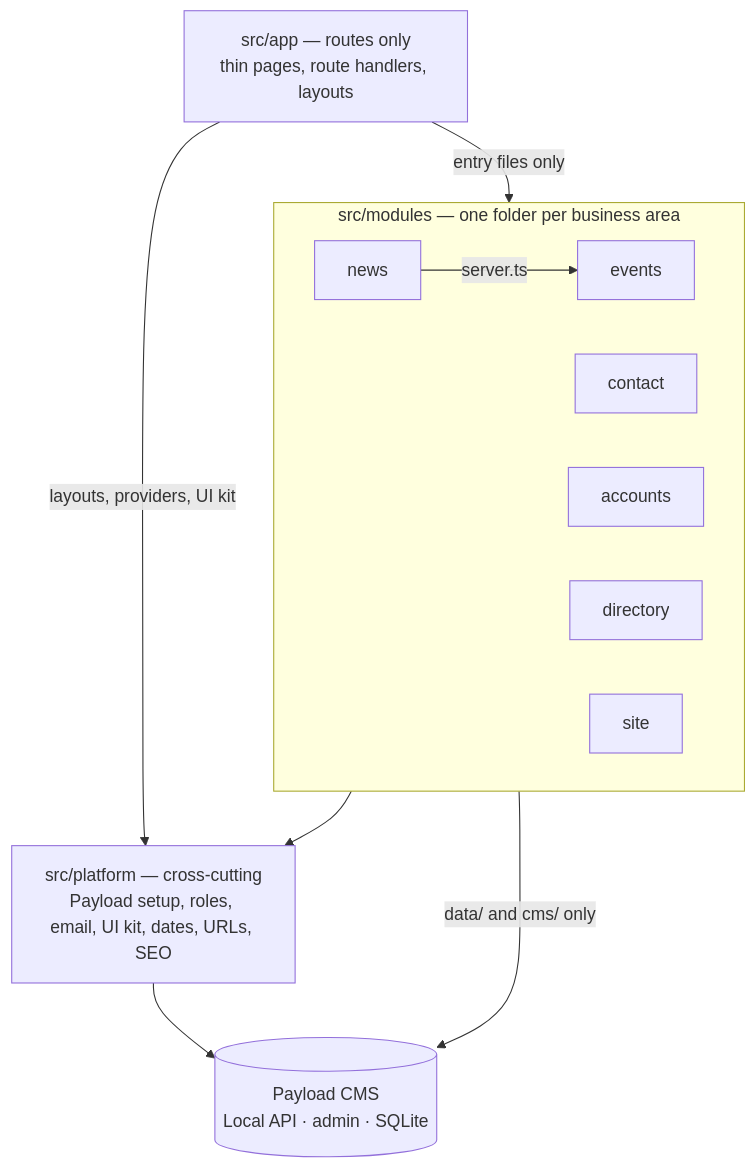
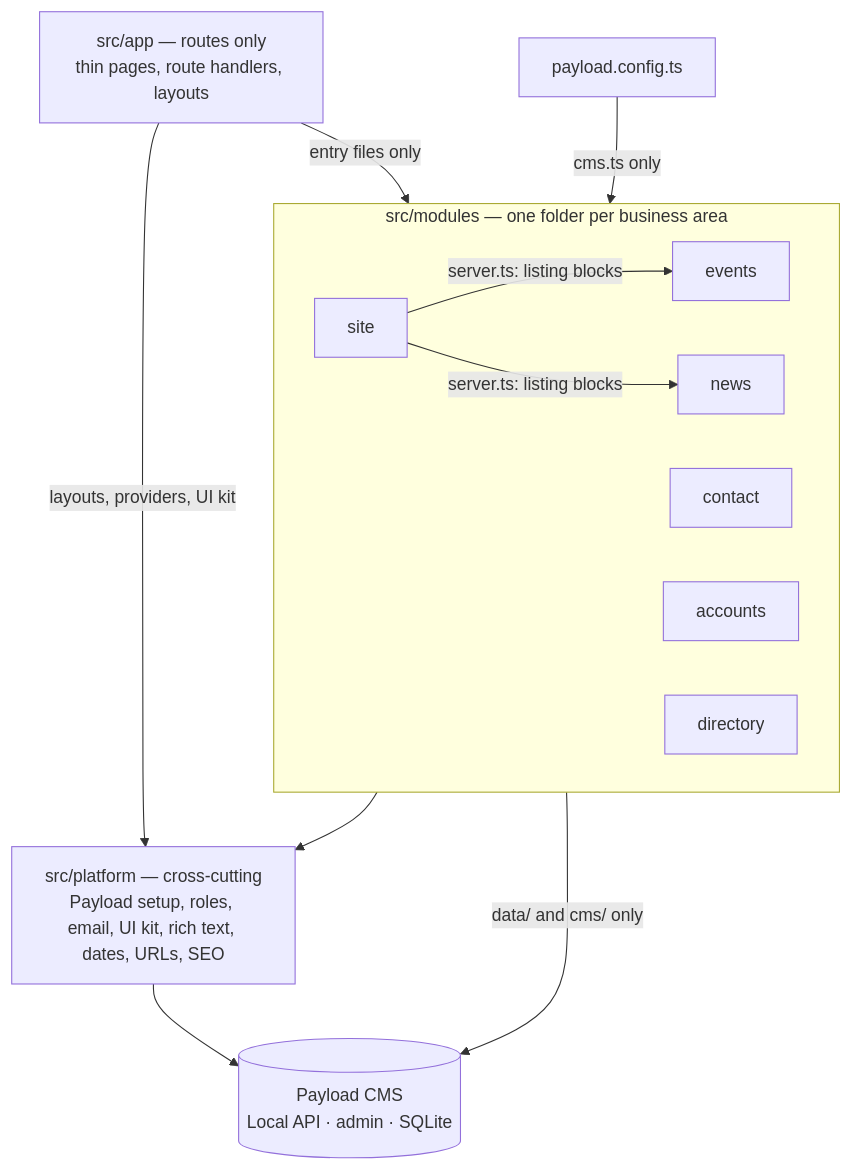
Before and after one commit to boulaajaj/sprecher-east-neighborhood-website: the diagram in docs/architecture/README.md, drawn with Mermaid. The commit also changed other lines of this file and 6 other files, not shown here.

````diff
--- a/docs/architecture/README.md
+++ b/docs/architecture/README.md
@@ -17,21 +17,24 @@
 ```mermaid
 flowchart TD
   app["src/app — routes only<br/>thin pages, route handlers, layouts"]
+  config["payload.config.ts"]
   subgraph modules["src/modules — one folder per business area"]
     events[events]
     news[news]
     contact[contact]
     accounts[accounts]
     directory[directory]
     site[site]
   end
-  platform["src/platform — cross-cutting<br/>Payload setup, roles, email, UI kit, dates, URLs, SEO"]
+  platform["src/platform — cross-cutting<br/>Payload setup, roles, email, UI kit, rich text, dates, URLs, SEO"]
   payload[("Payload CMS<br/>Local API · admin · SQLite")]
 
   app -->|"entry files only"| modules
   app -->|"layouts, providers, UI kit"| platform
-  news -->|"server.ts"| events
+  config -->|"cms.ts only"| modules
+  site -->|"server.ts: listing blocks"| news
+  site -->|"server.ts: listing blocks"| events
   modules --> platform
   modules -->|"data/ and cms/ only"| payload
   platform --> payload
 ```
````
